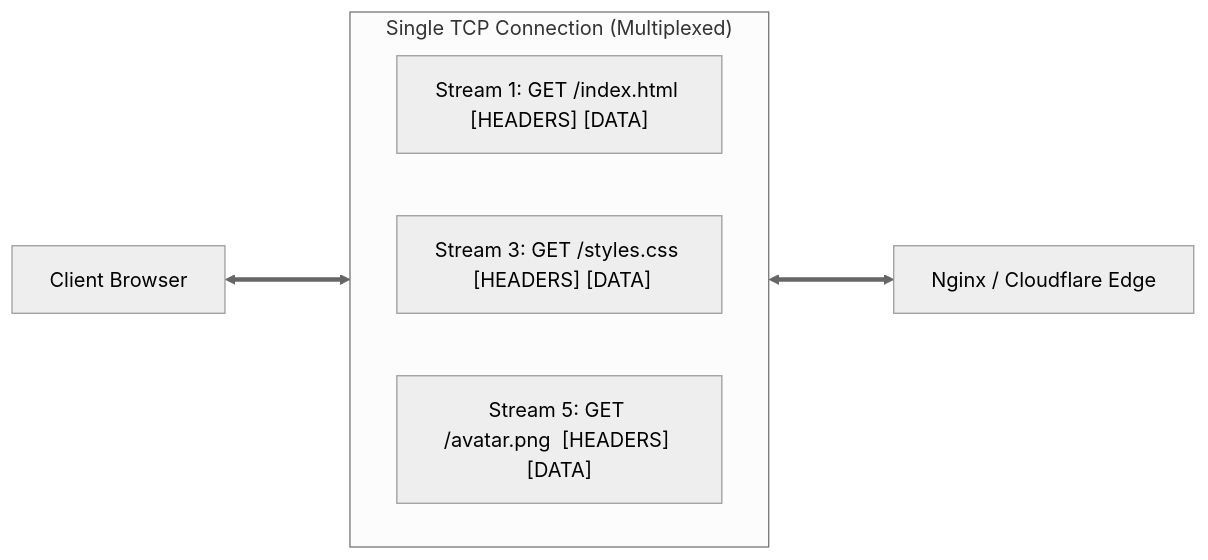
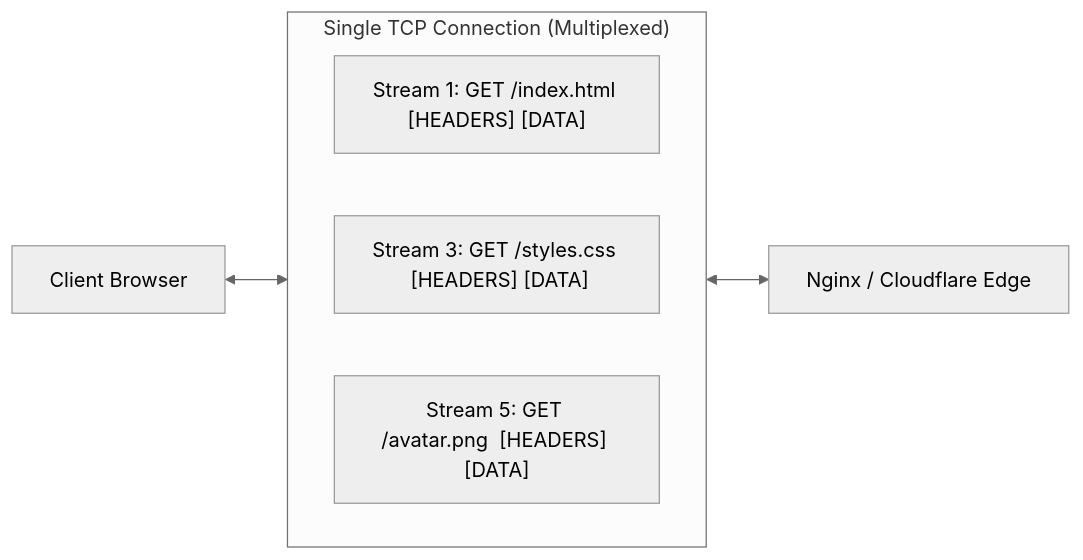
One commit to 1345AbhishekKumar/cs-cookbook changed the sixth of 10 diagrams in content/docs/computer-networking/04-protocols-and-cloud/02-dns-http-email.mdx. Above: the diagram before and after it, drawn with Mermaid (neutral theme). The commit also changed other lines of this file and 299 other files, not shown here.

````diff
--- a/content/docs/computer-networking/04-protocols-and-cloud/02-dns-http-email.mdx
+++ b/content/docs/computer-networking/04-protocols-and-cloud/02-dns-http-email.mdx
@@ -211,10 +356,10 @@
 ```mermaid
 flowchart LR
     subgraph SingleTCP["Single TCP Connection (Multiplexed)"]
         direction LR
         Stream1["Stream 1: GET /index.html [HEADERS] [DATA]"]
         Stream3["Stream 3: GET /styles.css  [HEADERS] [DATA]"]
         Stream5["Stream 5: GET /avatar.png  [HEADERS] [DATA]"]
     end
-    Client["Client Browser"] <===> SingleTCP <===> Server["Nginx / Cloudflare Edge"]
+    Client["Client Browser"] <--> SingleTCP <--> Server["Nginx / Cloudflare Edge"]
 ```
````
